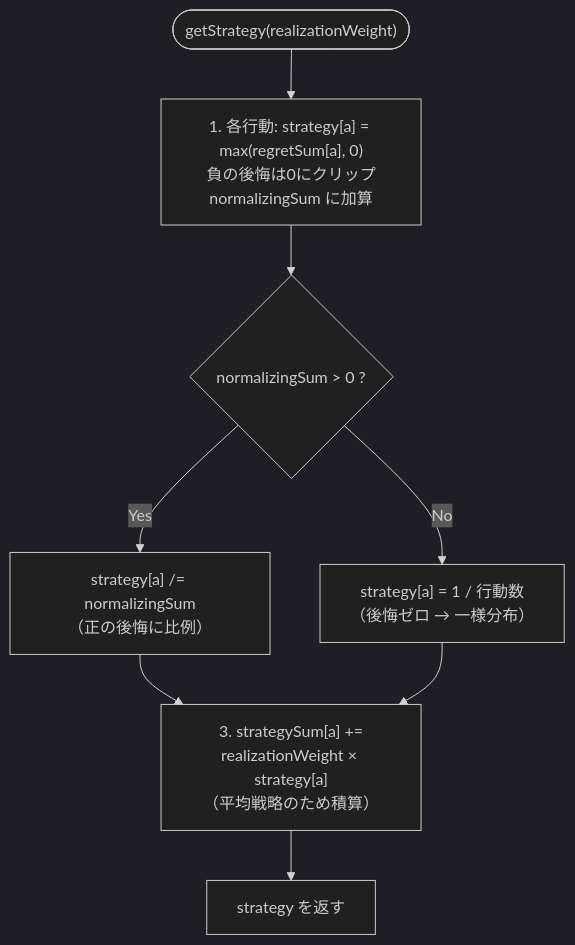
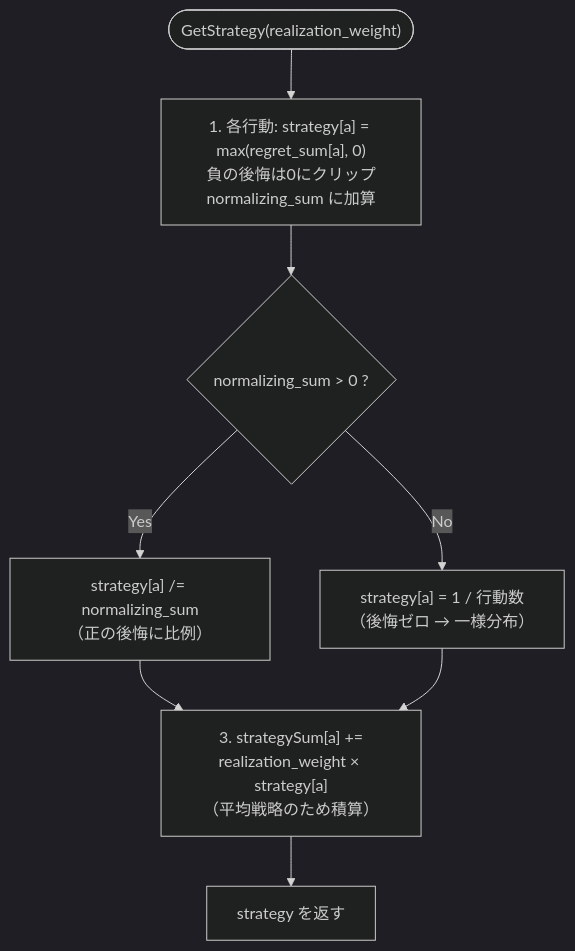
The fifth of 6 diagrams in projects/cfr/docs/flowchart.md (yasuhiro112358/CPlusPlus), drawn with Mermaid (dark theme) before and after one commit. The commit also changed other lines of this file and 24 other files, not shown here.

````diff
--- a/projects/cfr/docs/flowchart.md
+++ b/projects/cfr/docs/flowchart.md
@@ -137,10 +137,10 @@
 ```mermaid
 flowchart TD
-    start(["getStrategy(realizationWeight)"]) --> pos["1. 各行動: strategy[a] = max(regretSum[a], 0)<br/>負の後悔は0にクリップ<br/>normalizingSum に加算"]
-    pos --> norm{"normalizingSum > 0 ?"}
-    norm -->|Yes| div["strategy[a] /= normalizingSum<br/>（正の後悔に比例）"]
+    start(["GetStrategy(realization_weight)"]) --> pos["1. 各行動: strategy[a] = max(regret_sum[a], 0)<br/>負の後悔は0にクリップ<br/>normalizing_sum に加算"]
+    pos --> norm{"normalizing_sum > 0 ?"}
+    norm -->|Yes| div["strategy[a] /= normalizing_sum<br/>（正の後悔に比例）"]
     norm -->|No| uniform["strategy[a] = 1 / 行動数<br/>（後悔ゼロ → 一様分布）"]
-    div --> acc["3. strategySum[a] +=<br/>realizationWeight × strategy[a]<br/>（平均戦略のため積算）"]
+    div --> acc["3. strategySum[a] +=<br/>realization_weight × strategy[a]<br/>（平均戦略のため積算）"]
     uniform --> acc
     acc --> ret["strategy を返す"]
 ```
````
